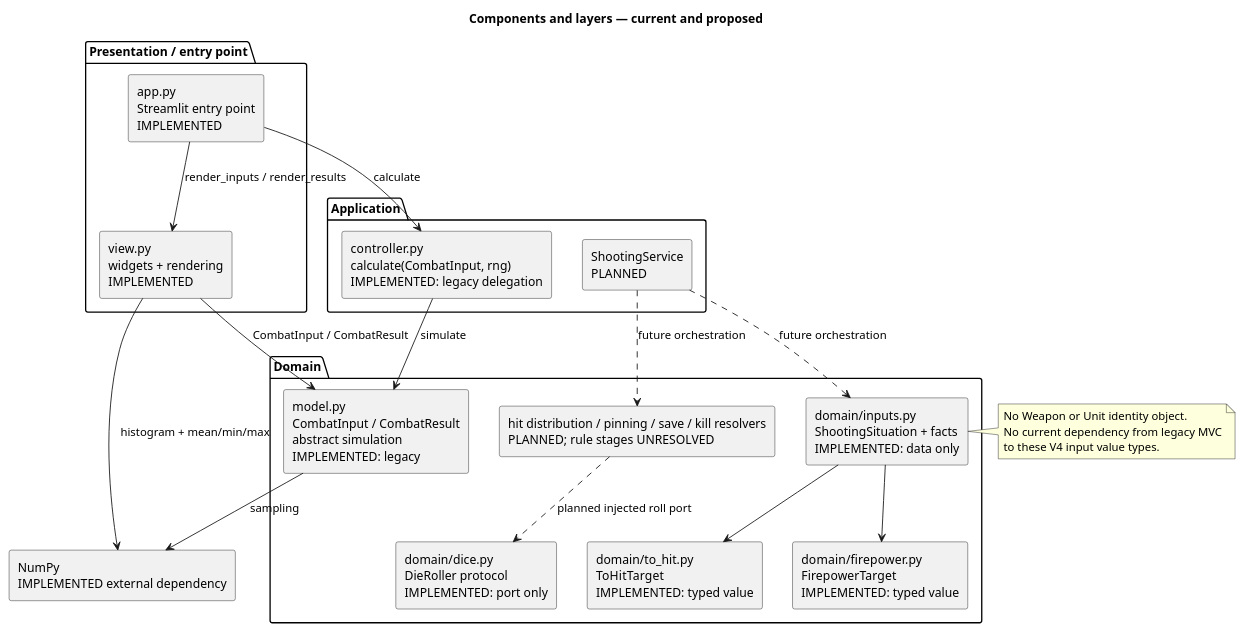
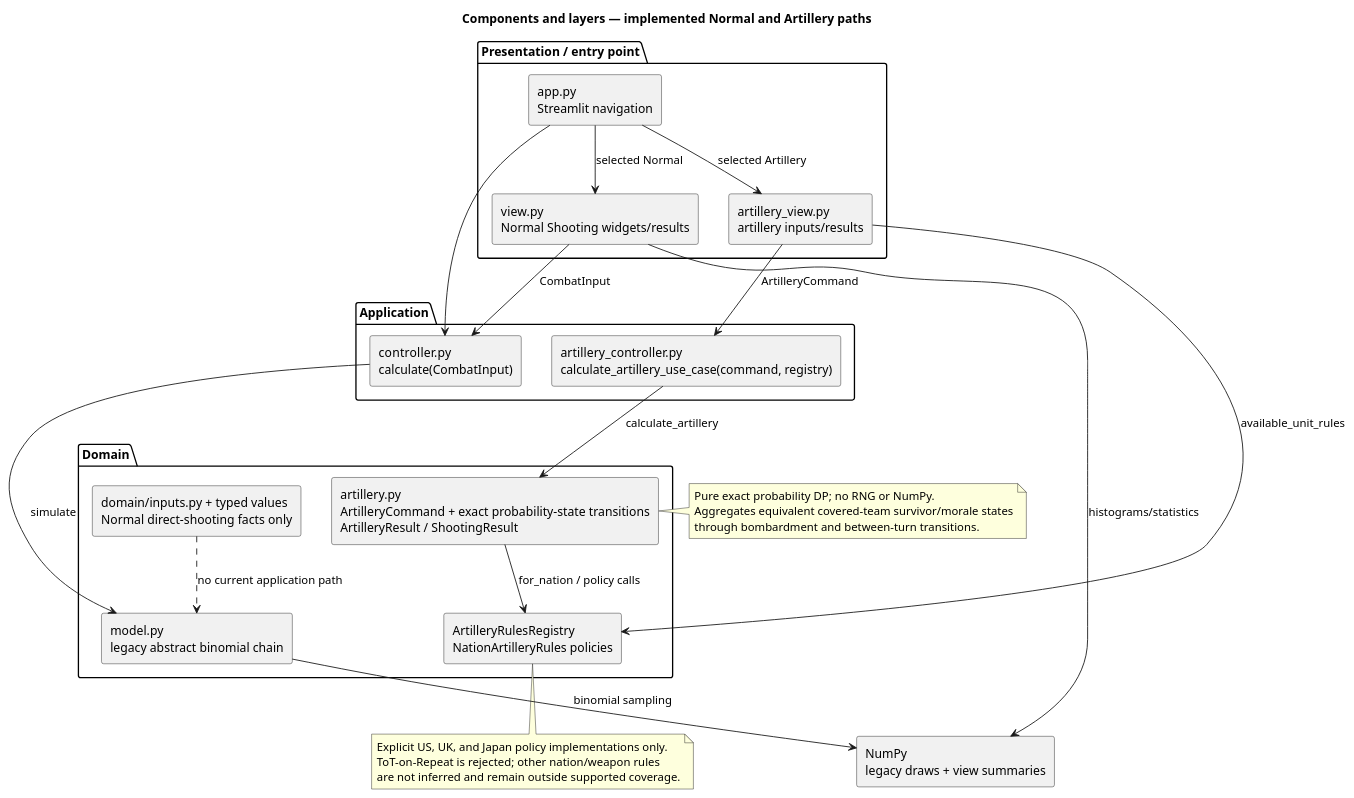
Before and after one commit to theflamio/flames_of_war_combat_calculator: the diagram in doc/uml/components.puml, drawn with PlantUML. The commit also changed 13 other files, not shown here.

Commit message:
added artilly view model and controller

```diff
--- a/doc/uml/components.puml
+++ b/doc/uml/components.puml
@@ -1,41 +1,47 @@
 @startuml
-title Components and layers — current and proposed
+title Components and layers — implemented Normal and Artillery paths
 top to bottom direction
 skinparam componentStyle rectangle
 
 package "Presentation / entry point" {
-  component "app.py\nStreamlit entry point\nIMPLEMENTED" as Entry
-  component "view.py\nwidgets + rendering\nIMPLEMENTED" as View
+  component "app.py\nStreamlit navigation" as Entry
+  component "view.py\nNormal Shooting widgets/results" as NormalView
+  component "artillery_view.py\nartillery inputs/results" as ArtilleryView
 }
 package "Application" {
-  component "controller.py\ncalculate(CombatInput, rng)\nIMPLEMENTED: legacy delegation" as Controller
-  component "ShootingService\nPLANNED" as Service
+  component "controller.py\ncalculate(CombatInput)" as NormalController
+  component "artillery_controller.py\ncalculate_artillery_use_case(command, registry)" as ArtilleryController
 }
 package "Domain" {
-  component "model.py\nCombatInput / CombatResult\nabstract simulation\nIMPLEMENTED: legacy" as Model
-  component "domain/inputs.py\nShootingSituation + facts\nIMPLEMENTED: data only" as Inputs
-  component "domain/to_hit.py\nToHitTarget\nIMPLEMENTED: typed value" as ToHit
-  component "domain/firepower.py\nFirepowerTarget\nIMPLEMENTED: typed value" as Firepower
-  component "domain/dice.py\nDieRoller protocol\nIMPLEMENTED: port only" as Dice
-  component "hit distribution / pinning / save / kill resolvers\nPLANNED; rule stages UNRESOLVED" as Resolvers
+  component "model.py\nlegacy abstract binomial chain" as LegacyModel
+  component "artillery.py\nArtilleryCommand + exact probability-state transitions\nArtilleryResult / ShootingResult" as ArtilleryDomain
+  component "ArtilleryRulesRegistry\nNationArtilleryRules policies" as Rules
+  component "domain/inputs.py + typed values\nNormal direct-shooting facts only" as DirectInputs
 }
-component "NumPy\nIMPLEMENTED external dependency" as NumPy
+component "NumPy\nlegacy draws + view summaries" as NumPy
 
-Entry --> View : render_inputs / render_results
-Entry --> Controller : calculate
-View --> Model : CombatInput / CombatResult
-Controller --> Model : simulate
-Model --> NumPy : sampling
-View --> NumPy : histogram + mean/min/max
-Inputs --> ToHit
-Inputs --> Firepower
-Service ..> Inputs : future orchestration
-Service ..> Resolvers : future orchestration
-Resolvers ..> Dice : planned injected roll port
+Entry --> NormalView : selected Normal
+Entry --> ArtilleryView : selected Artillery
+Entry --> NormalController
+NormalView --> NormalController : CombatInput
+NormalController --> LegacyModel : simulate
+LegacyModel --> NumPy : binomial sampling
+NormalView --> NumPy : histograms/statistics
+ArtilleryView --> ArtilleryController : ArtilleryCommand
+ArtilleryController --> ArtilleryDomain : calculate_artillery
+ArtilleryDomain --> Rules : for_nation / policy calls
+ArtilleryView --> Rules : available_unit_rules
+DirectInputs ..> LegacyModel : no current application path
 
-note right of Inputs
-No Weapon or Unit identity object.
-No current dependency from legacy MVC
-to these V4 input value types.
+note right of ArtilleryDomain
+Pure exact probability DP; no RNG or NumPy.
+Aggregates equivalent covered-team survivor/morale states
+through bombardment and between-turn transitions.
+end note
+
+note bottom of Rules
+Explicit US, UK, and Japan policy implementations only.
+ToT-on-Repeat is rejected; other nation/weapon rules
+are not inferred and remain outside supported coverage.
 end note
 @enduml
```
